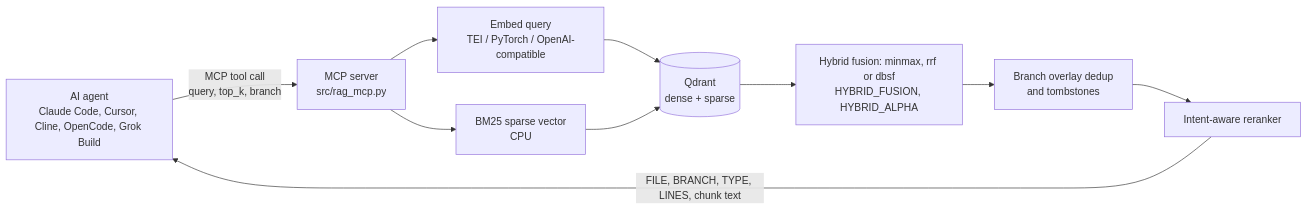
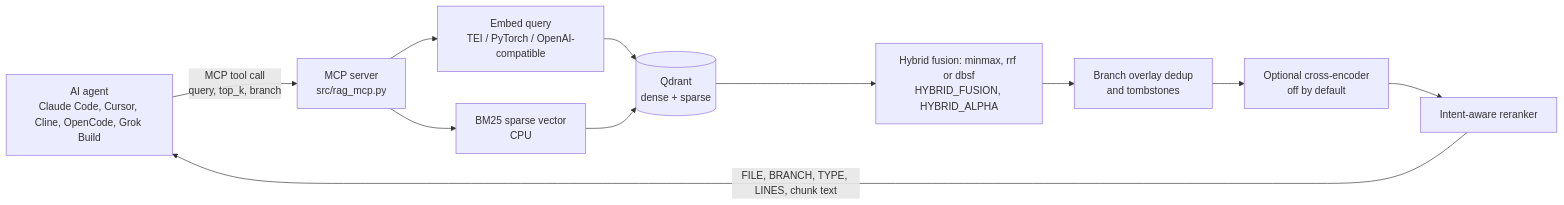
One commit to jakubstuglik/hybrid-code-rag-mcp changed the first of 2 diagrams in README.md. Above: the diagram before and after it, drawn with Mermaid. The commit also changed other lines of this file and 3 other files, not shown here.

````diff
--- a/README.md
+++ b/README.md
@@ -65,12 +65,13 @@
 ```mermaid
 flowchart LR
     A[AI agent<br/>Claude Code, Cursor, Cline, OpenCode, Grok Build] -->|MCP tool call<br/>query, top_k, branch| M[MCP server<br/>src/rag_mcp.py]
     M --> E[Embed query<br/>TEI / PyTorch / OpenAI-compatible]
     M --> S[BM25 sparse vector<br/>CPU]
     E --> Q[(Qdrant<br/>dense + sparse)]
     S --> Q
     Q --> F[Hybrid fusion: minmax, rrf or dbsf<br/>HYBRID_FUSION, HYBRID_ALPHA]
     F --> D[Branch overlay dedup<br/>and tombstones]
-    D --> R[Intent-aware reranker]
+    D --> C[Optional cross-encoder<br/>off by default]
+    C --> R[Intent-aware reranker]
     R -->|FILE, BRANCH, TYPE, LINES, chunk text| A
 ```
````
